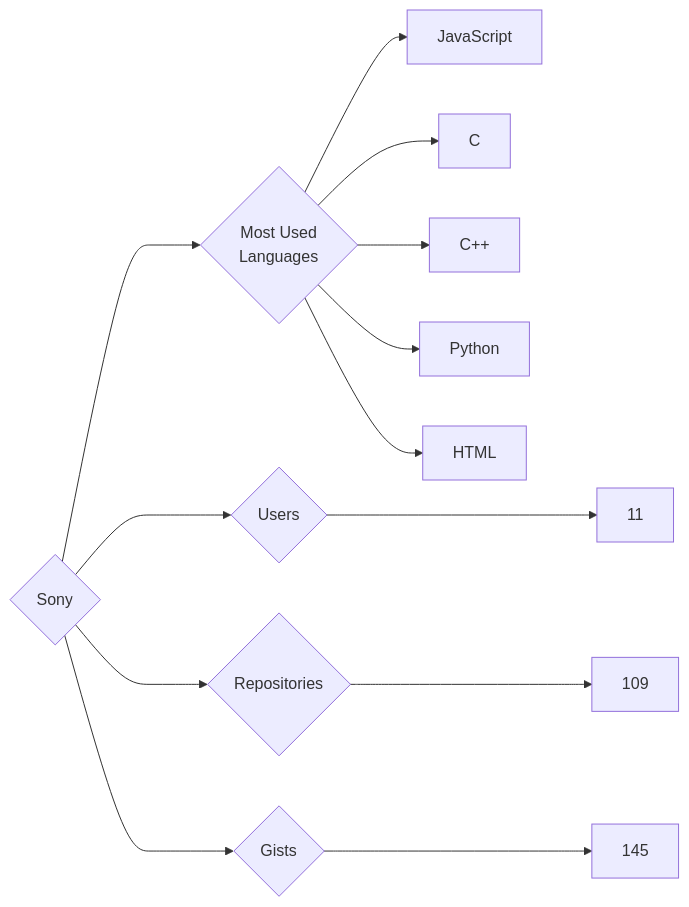
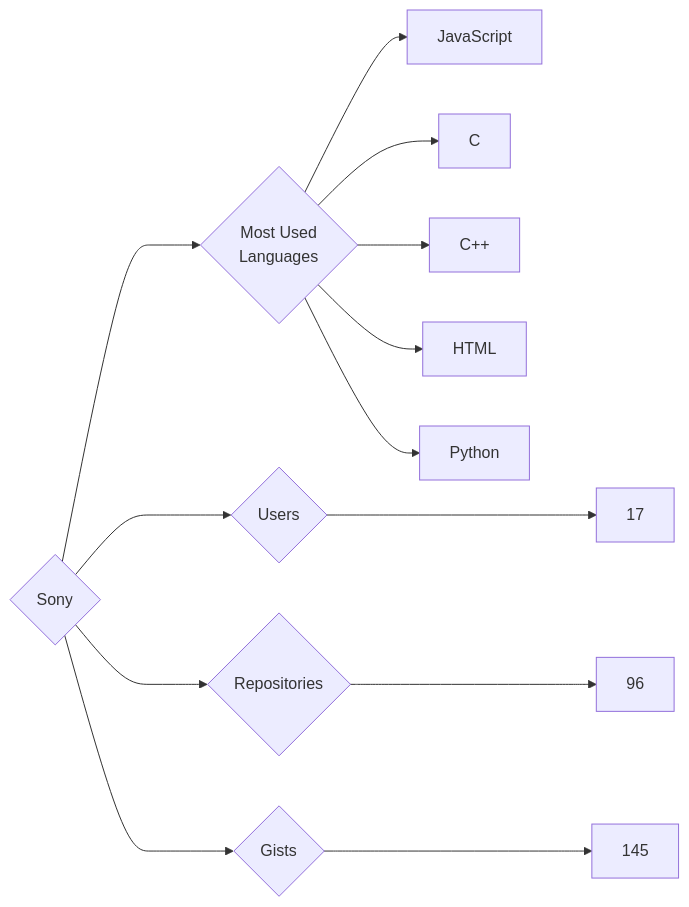
Before and after one commit to trickest/insiders: the diagram in targets/Sony/README.md, drawn with Mermaid. The commit also changed 895 other files, not shown here.

````diff
--- a/targets/Sony/README.md
+++ b/targets/Sony/README.md
@@ -3,13 +3,13 @@
 ```mermaid
 graph LR
 COMPANY_NAME{Sony}
-COMPANY_NAME ---> U{Users} ---> UN[11]
-COMPANY_NAME ---> R{Repositories} ---> RN[109]
+COMPANY_NAME ---> U{Users} ---> UN[17]
+COMPANY_NAME ---> R{Repositories} ---> RN[96]
 COMPANY_NAME ---> G{Gists} ---> GN[145]
 COMPANY_NAME ---> ML{Most Used<br>Languages}
 ML --> JavaScript[JavaScript]
 ML --> C[C]
 ML --> C++[C++]
+ML --> HTML[HTML]
 ML --> Python[Python]
-ML --> HTML[HTML]
 ```
````
